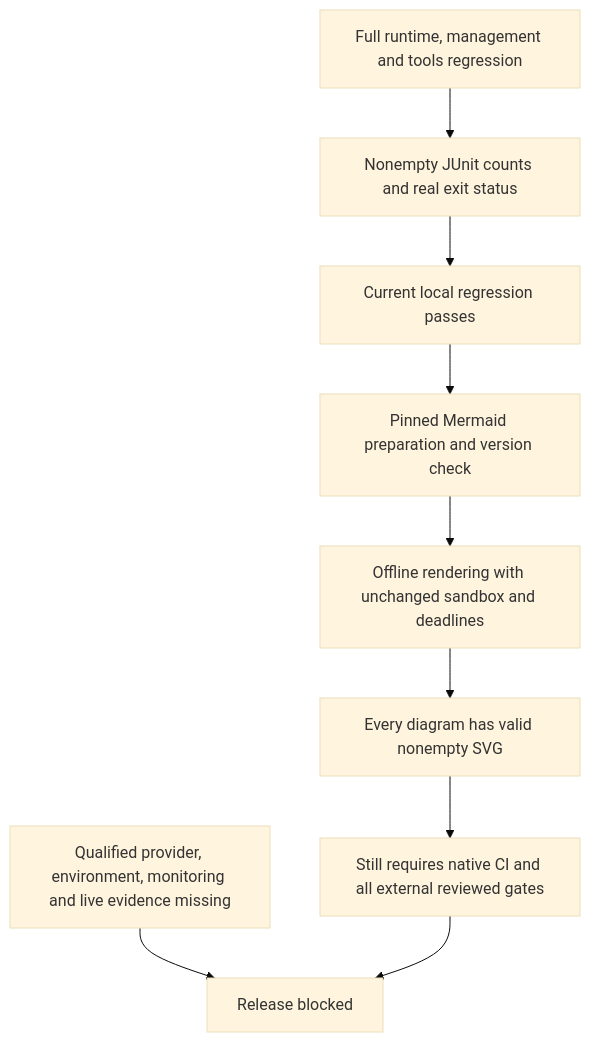
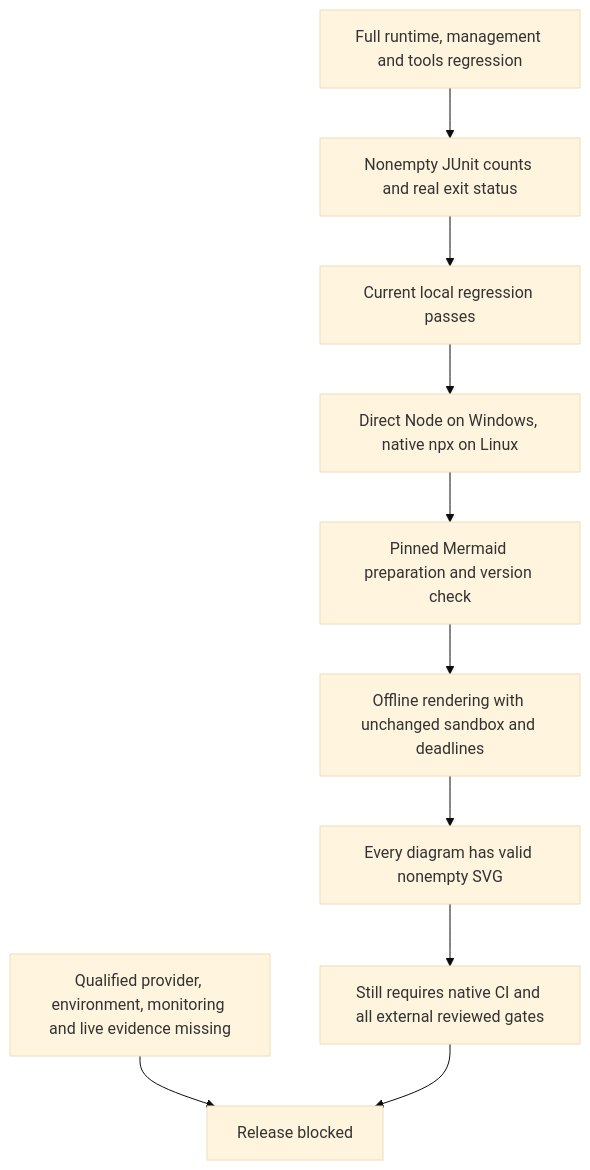
Before and after one commit to marvinbuss/caller-ai: the diagram in code/docs/acceptance/release-gates.md, drawn with Mermaid (base theme). The commit also changed other lines of this file and 6 other files, not shown here.

Commit message:
Launch Windows Mermaid npm CLI directly through Node

````diff
--- a/code/docs/acceptance/release-gates.md
+++ b/code/docs/acceptance/release-gates.md
@@ -90,11 +99,12 @@
 ```mermaid
 flowchart TD
     Local[Full runtime, management and tools regression] --> Counts[Nonempty JUnit counts and real exit status]
     Counts --> Passed[Current local regression passes]
-    Passed --> Prepare[Pinned Mermaid preparation and version check]
+    Passed --> Launcher[Direct Node on Windows, native npx on Linux]
+    Launcher --> Prepare[Pinned Mermaid preparation and version check]
     Prepare --> Diagrams[Offline rendering with unchanged sandbox and deadlines]
     Diagrams --> Verified[Every diagram has valid nonempty SVG]
     External[Qualified provider, environment, monitoring and live evidence missing] --> Blocked[Release blocked]
     Verified --> Review[Still requires native CI and all external reviewed gates]
     Review --> Blocked
 ```
````
